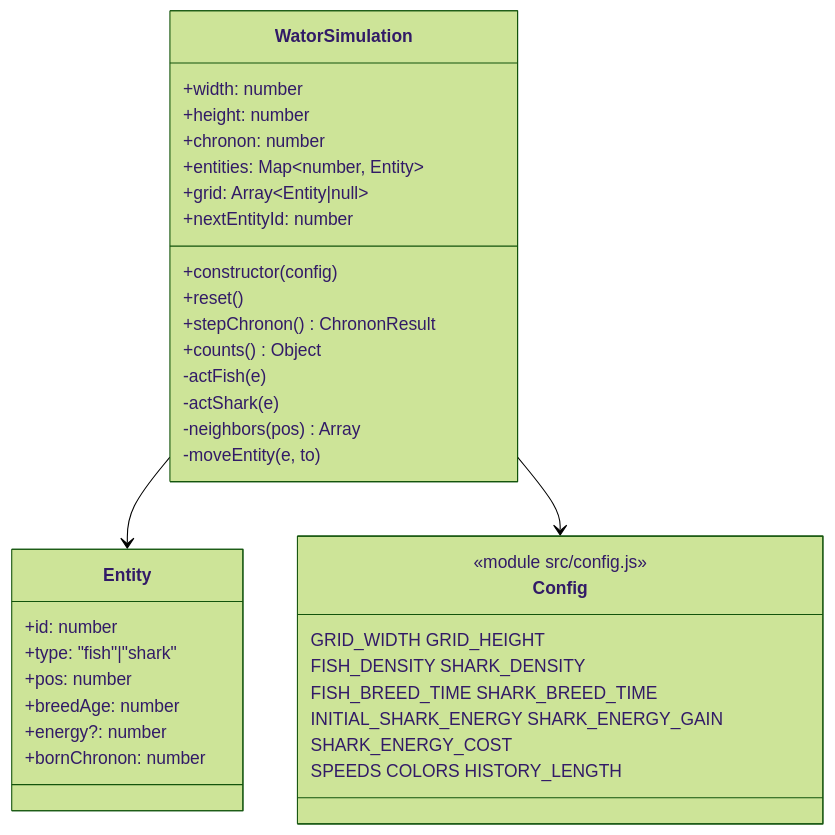
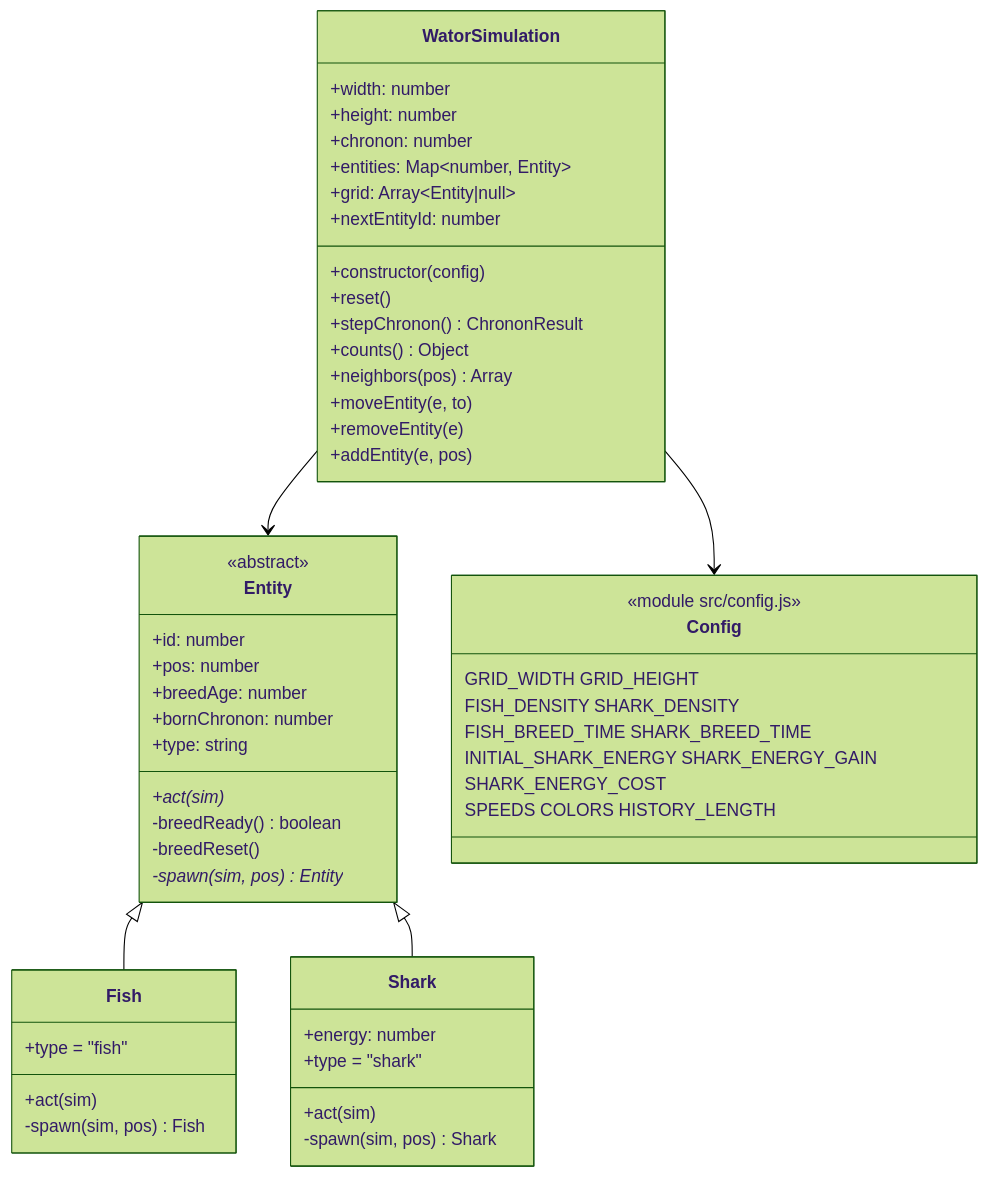
The first of 2 diagrams in kimi_k3/openspec/changes/add-wator-simulation/design.md (KeithRieck/sdd_openspec_wator), drawn with Mermaid (forest theme) before and after one commit. The commit also changed other lines of this file and 4 other files, not shown here.

````diff
--- a/kimi_k3/openspec/changes/add-wator-simulation/design.md
+++ b/kimi_k3/openspec/changes/add-wator-simulation/design.md
@@ -22,38 +22,55 @@
 ```mermaid
 classDiagram
+    class Entity {
+        <<abstract>>
+        +id: number
+        +pos: number
+        +breedAge: number
+        +bornChronon: number
+        +type: string
+        +act(sim)*
+        -breedReady() boolean
+        -breedReset()
+        -spawn(sim, pos)* Entity
+    }
+    class Fish {
+        +type = "fish"
+        +act(sim)
+        -spawn(sim, pos) Fish
+    }
+    class Shark {
+        +energy: number
+        +type = "shark"
+        +act(sim)
+        -spawn(sim, pos) Shark
+    }
     class WatorSimulation {
         +width: number
         +height: number
         +chronon: number
         +entities: Map~number, Entity~
         +grid: Array~Entity|null~
         +nextEntityId: number
         +constructor(config)
         +reset()
         +stepChronon() ChrononResult
         +counts() Object
-        -actFish(e)
-        -actShark(e)
-        -neighbors(pos) Array
-        -moveEntity(e, to)
-    }
-    class Entity {
-        +id: number
-        +type: "fish"|"shark"
-        +pos: number
-        +breedAge: number
-        +energy?: number
-        +bornChronon: number
+        +neighbors(pos) Array
+        +moveEntity(e, to)
+        +removeEntity(e)
+        +addEntity(e, pos)
     }
     class Config {
         <<module src/config.js>>
         GRID_WIDTH GRID_HEIGHT
         FISH_DENSITY SHARK_DENSITY
         FISH_BREED_TIME SHARK_BREED_TIME
         INITIAL_SHARK_ENERGY SHARK_ENERGY_GAIN
         SHARK_ENERGY_COST
         SPEEDS COLORS HISTORY_LENGTH
     }
+    Entity <|-- Fish
+    Entity <|-- Shark
     WatorSimulation --> Entity
     WatorSimulation --> Config
 ```
````
